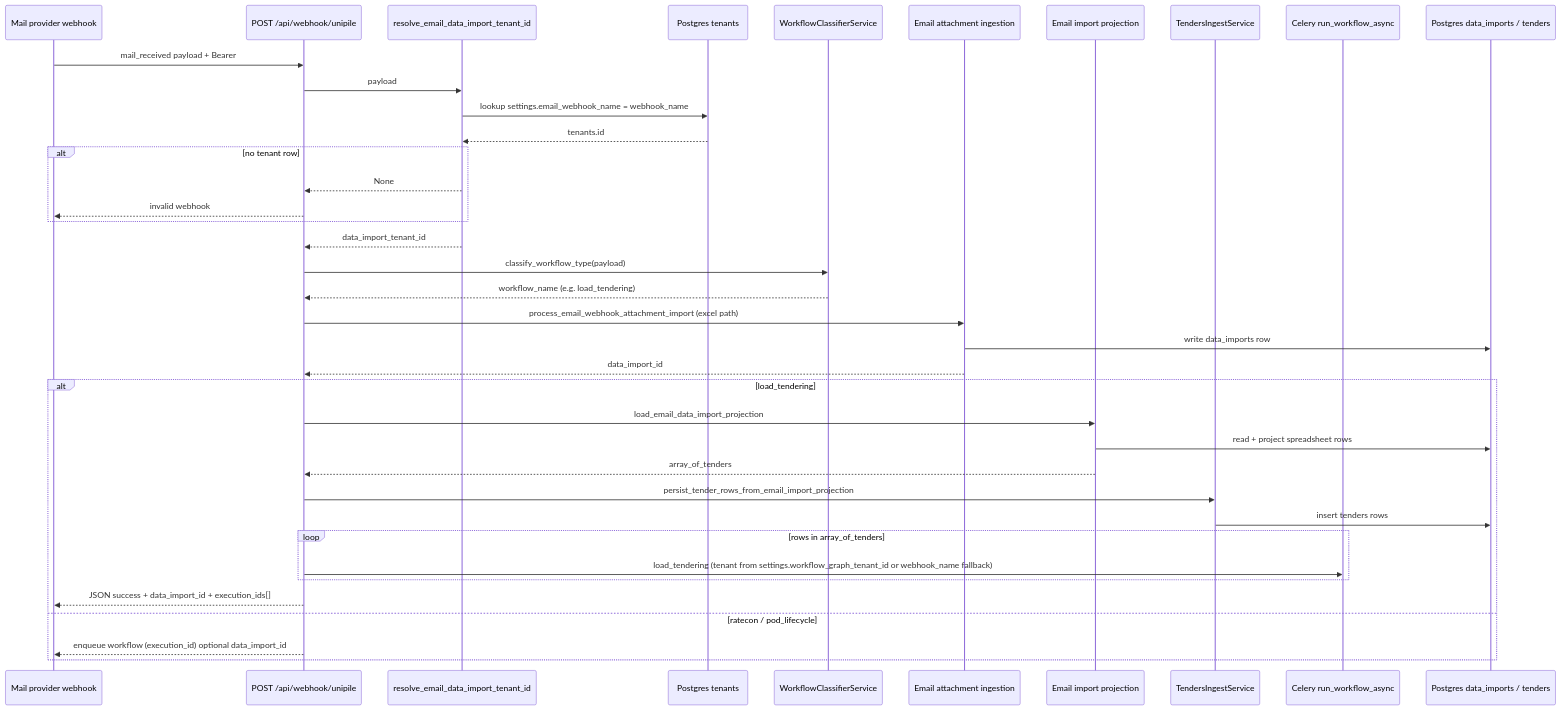
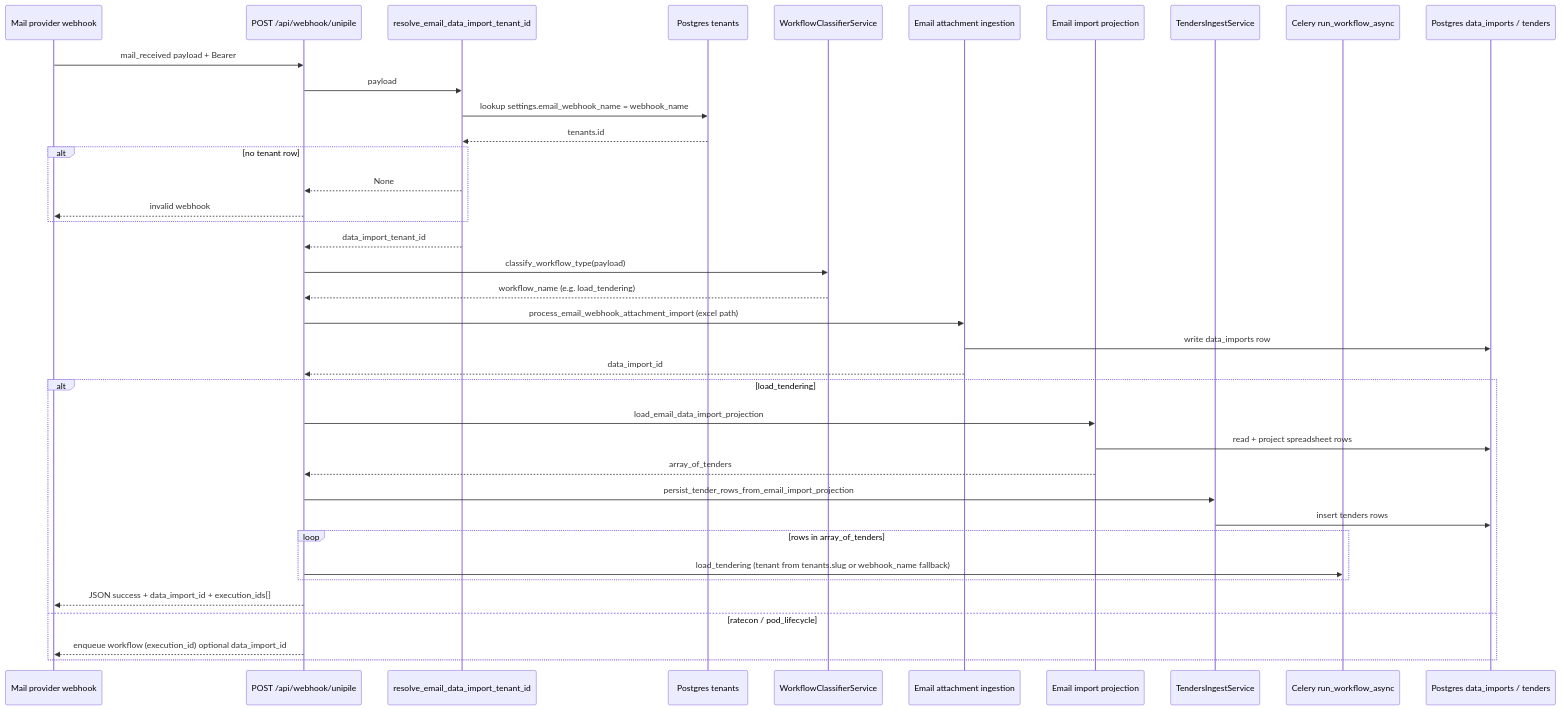
Before and after one commit to lil-bunny/testingmulti: the first of 2 diagrams in docs/load_tendering_email_webhook_flow.md, drawn with Mermaid. The commit also changed other lines of this file and 21 other files, not shown here.

First line of the commit message:
feat(load-tendering): link workflow lifecycles to tenders and align workflow_runs DB shape

````diff
--- a/docs/load_tendering_email_webhook_flow.md
+++ b/docs/load_tendering_email_webhook_flow.md
@@ -22,41 +22,41 @@
 ```mermaid
 sequenceDiagram
     participant U as Mail provider webhook
     participant API as POST /api/webhook/unipile
     participant R as resolve_email_data_import_tenant_id
     participant DBt as Postgres tenants
     participant C as WorkflowClassifierService
     participant Ing as Email attachment ingestion
     participant DIP as Email import projection
     participant TI as TendersIngestService
     participant Cel as Celery run_workflow_async
     participant DBi as Postgres data_imports / tenders
 
     U->>API: mail_received payload + Bearer
     API->>R: payload
     R->>DBt: lookup settings.email_webhook_name = webhook_name
     DBt-->>R: tenants.id
     alt no tenant row
         R-->>API: None
         API-->>U: invalid webhook
     end
     R-->>API: data_import_tenant_id
     API->>C: classify_workflow_type(payload)
     C-->>API: workflow_name (e.g. load_tendering)
     API->>Ing: process_email_webhook_attachment_import (excel path)
     Ing->>DBi: write data_imports row
     Ing-->>API: data_import_id
     alt load_tendering
         API->>DIP: load_email_data_import_projection
         DIP->>DBi: read + project spreadsheet rows
         DIP-->>API: array_of_tenders
         API->>TI: persist_tender_rows_from_email_import_projection
         TI->>DBi: insert tenders rows
         loop rows in array_of_tenders
-            API->>Cel: load_tendering (tenant from settings.workflow_graph_tenant_id or webhook_name fallback)
+            API->>Cel: load_tendering (tenant from tenants.slug or webhook_name fallback)
         end
         API-->>U: JSON success + data_import_id + execution_ids[]
     else ratecon / pod_lifecycle
         API-->>U: enqueue workflow (execution_id) optional data_import_id
     end
 ```
````
